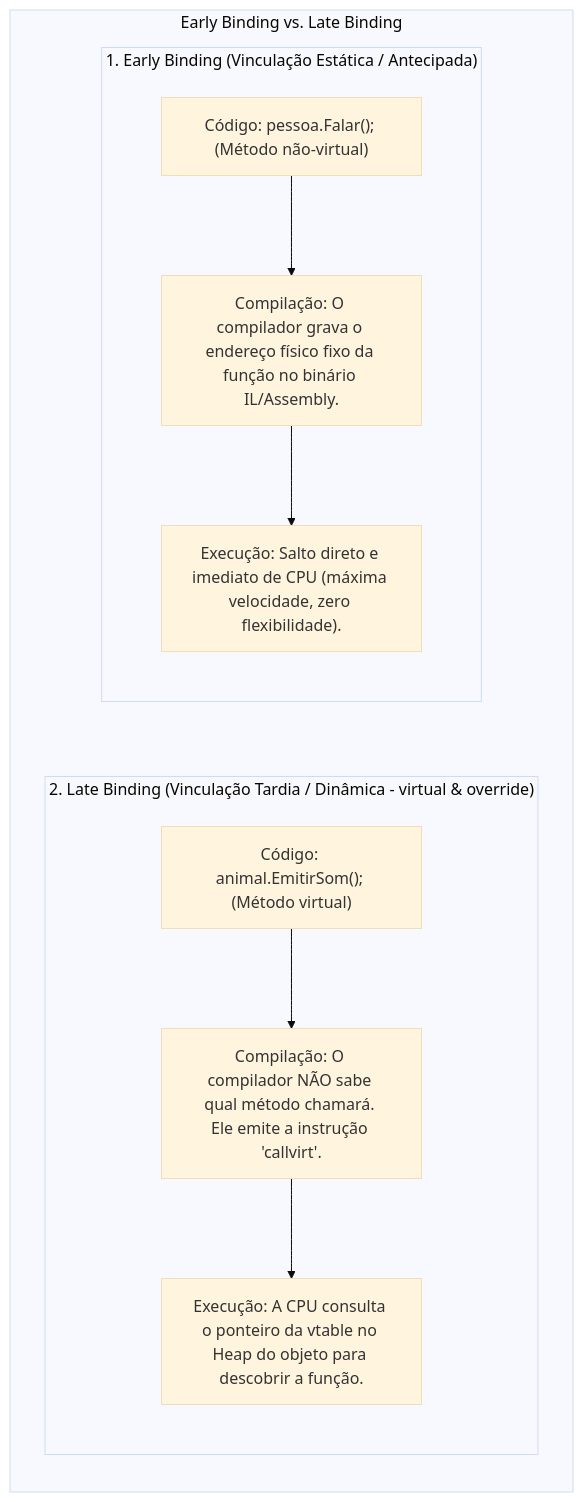
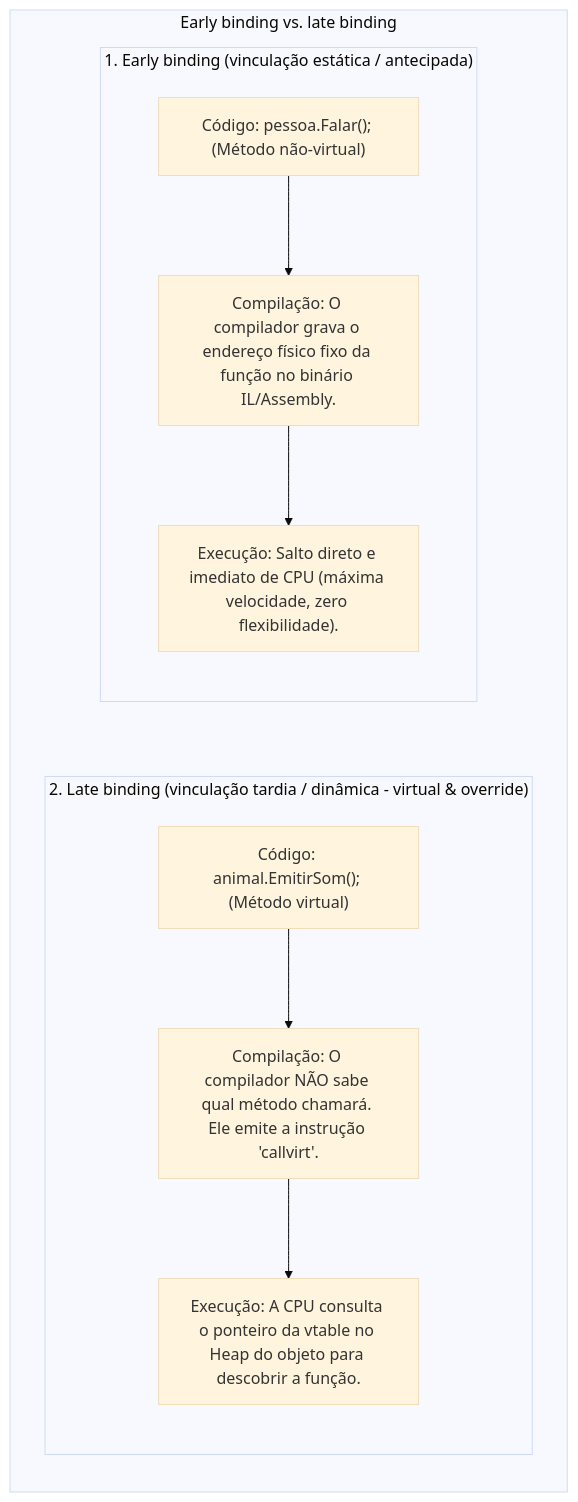
Before and after one commit to leorruas/puc: the sixth of 10 diagrams in 01. Programacao Modular/17. Sobreposição de métodos (virtual e override).md, drawn with Mermaid (base theme). The commit also changed other lines of this file and 3 other files, not shown here.

````diff
--- a/01. Programacao Modular/17. Sobreposição de métodos (virtual e override).md
+++ b/01. Programacao Modular/17. Sobreposição de métodos (virtual e override).md
@@ -246,24 +246,24 @@
 ```mermaid
 flowchart TD
-    subgraph BindingMecanismo ["Early Binding vs. Late Binding"]
+    subgraph BindingMecanismo ["Early binding vs. late binding"]
         direction TB
 
-        subgraph Early ["1. Early Binding (Vinculação Estática / Antecipada)"]
+        subgraph Early ["1. Early binding (vinculação estática / antecipada)"]
             direction TB
             EB1["Código: pessoa.Falar(); (Método não-virtual)"]
             EB2["Compilação: O compilador grava o endereço físico fixo da função no binário IL/Assembly."]
             EB3["Execução: Salto direto e imediato de CPU (máxima velocidade, zero flexibilidade)."]
             EB1 --> EB2 --> EB3
         end
 
-        subgraph Late ["2. Late Binding (Vinculação Tardia / Dinâmica - virtual & override)"]
+        subgraph Late ["2. Late binding (vinculação tardia / dinâmica - virtual & override)"]
             direction TB
             LB1["Código: animal.EmitirSom(); (Método virtual)"]
             LB2["Compilação: O compilador NÃO sabe qual método chamará. Ele emite a instrução 'callvirt'."]
             LB3["Execução: A CPU consulta o ponteiro da vtable no Heap do objeto para descobrir a função."]
             LB1 --> LB2 --> LB3
         end
 
         Early ~~~ Late
     end
 ```
````
